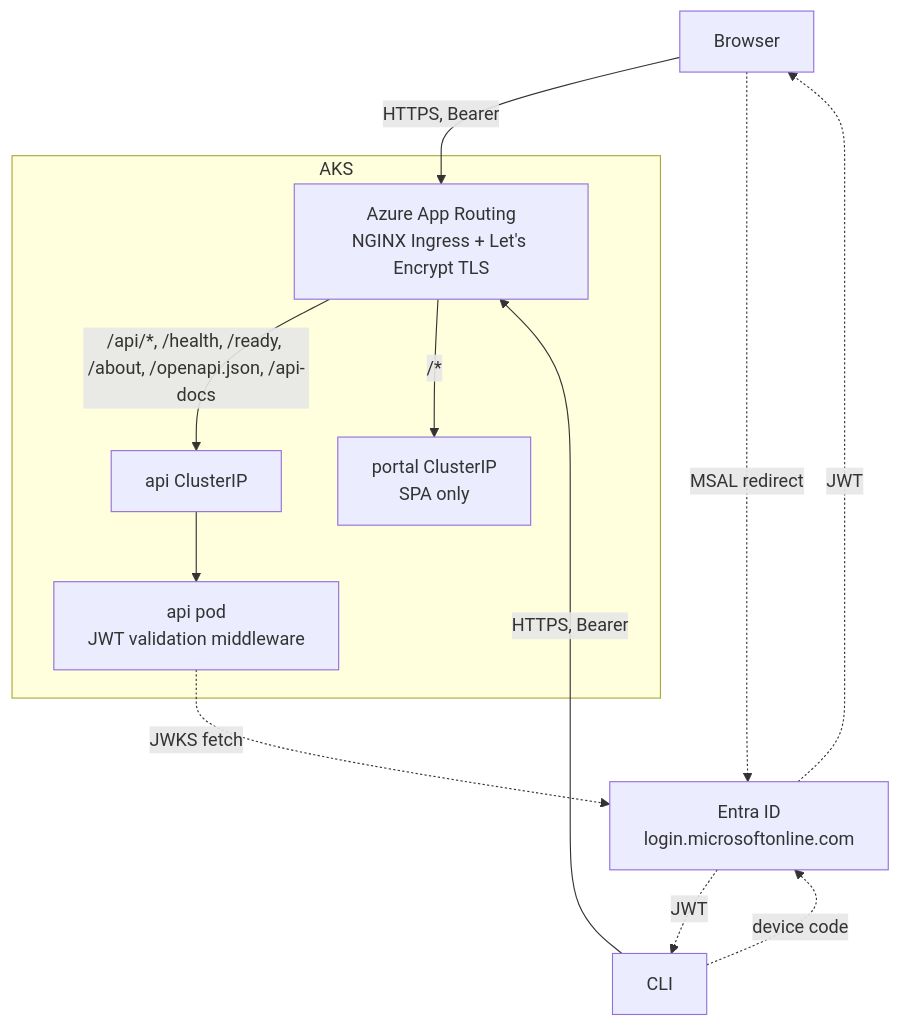
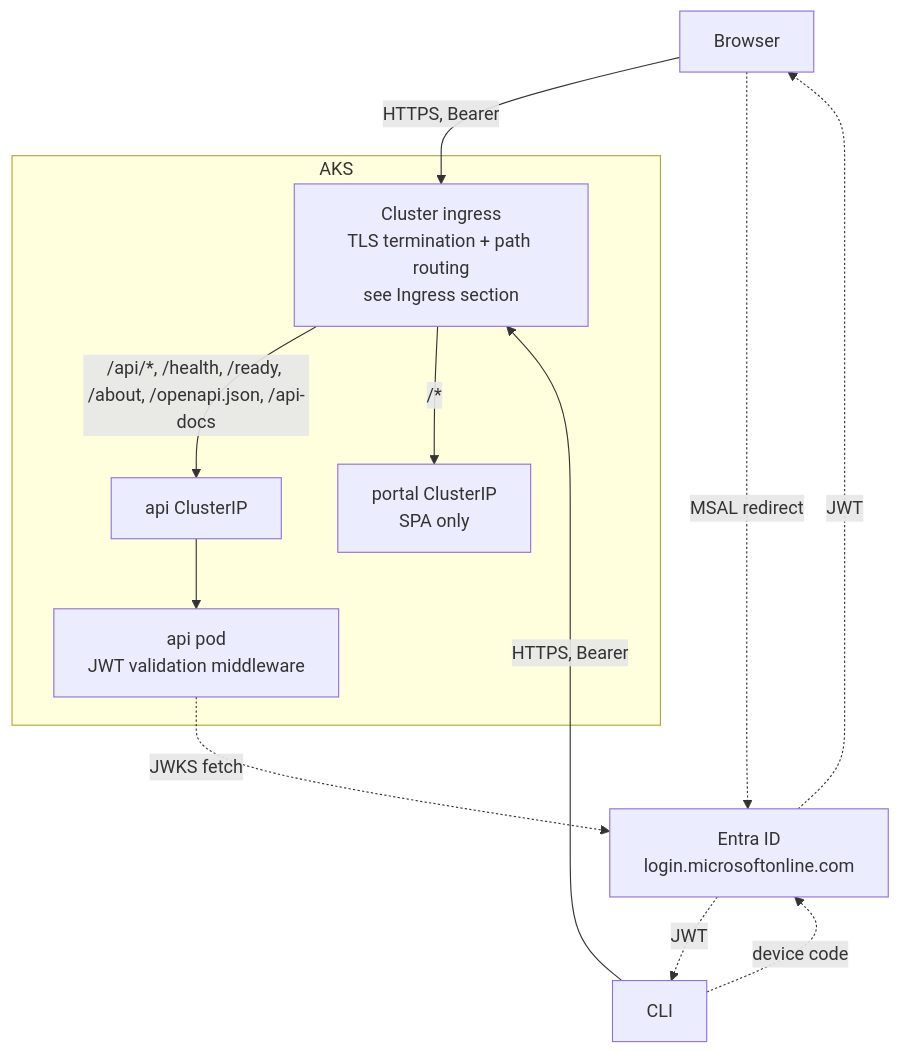
One commit to Gile987/scope changed the second of 4 diagrams in docs/architecture/user-auth.md. Above: the diagram before and after it, drawn with Mermaid. The commit also changed other lines of this file, not shown here.

````diff
--- a/docs/architecture/user-auth.md
+++ b/docs/architecture/user-auth.md
@@ -42,23 +42,23 @@
 ```mermaid
 graph TB
     Browser[Browser]
     CLI[CLI]
     Entra[Entra ID<br/>login.microsoftonline.com]
 
-    Browser -->|HTTPS, Bearer| AppRouting
-    CLI -->|HTTPS, Bearer| AppRouting
+    Browser -->|HTTPS, Bearer| Ingress
+    CLI -->|HTTPS, Bearer| Ingress
 
     Browser -. MSAL redirect .-> Entra
     CLI -. device code .-> Entra
     Entra -. JWT .-> Browser
     Entra -. JWT .-> CLI
 
     subgraph AKS
-        AppRouting[Azure App Routing<br/>NGINX Ingress + Let's Encrypt TLS]
-        AppRouting -->|/api/*, /health, /ready, /about, /openapi.json, /api-docs| APISvc[api ClusterIP]
-        AppRouting -->|/* | PortalSvc[portal ClusterIP<br/>SPA only]
+        Ingress[Cluster ingress<br/>TLS termination + path routing<br/>see Ingress section]
+        Ingress -->|/api/*, /health, /ready, /about, /openapi.json, /api-docs| APISvc[api ClusterIP]
+        Ingress -->|/* | PortalSvc[portal ClusterIP<br/>SPA only]
         APISvc --> APIPod[api pod<br/>JWT validation middleware]
     end
 
     APIPod -. JWKS fetch .-> Entra
 ```
````
